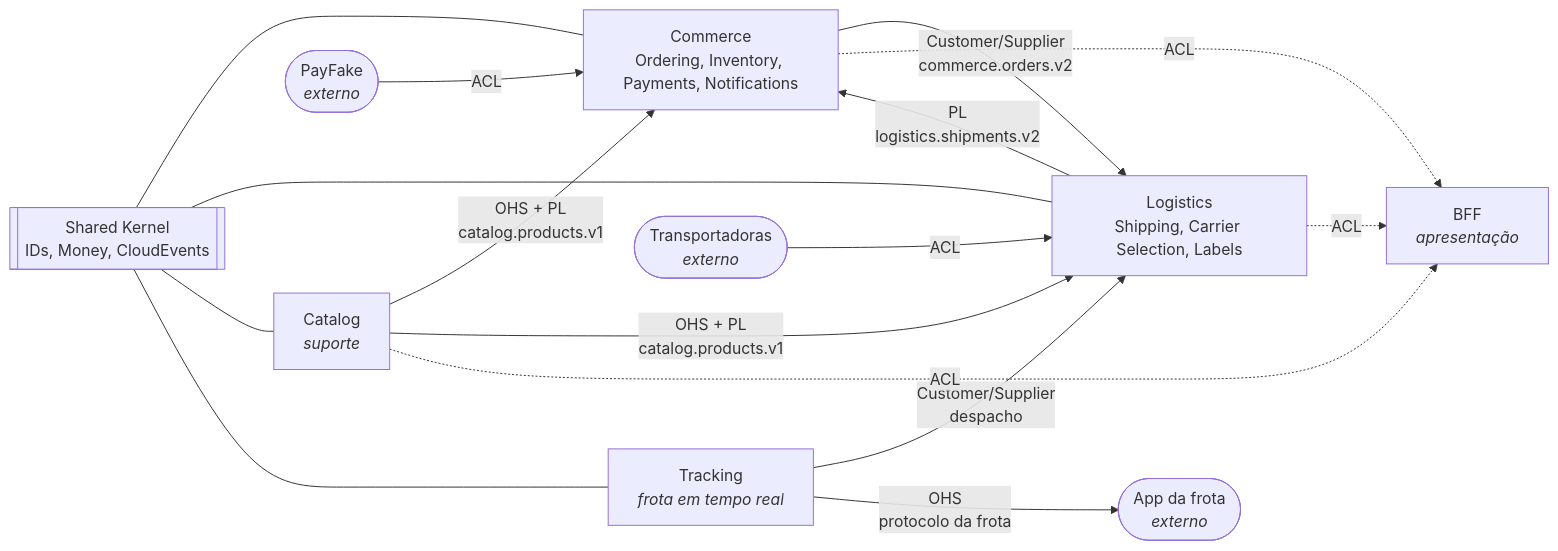
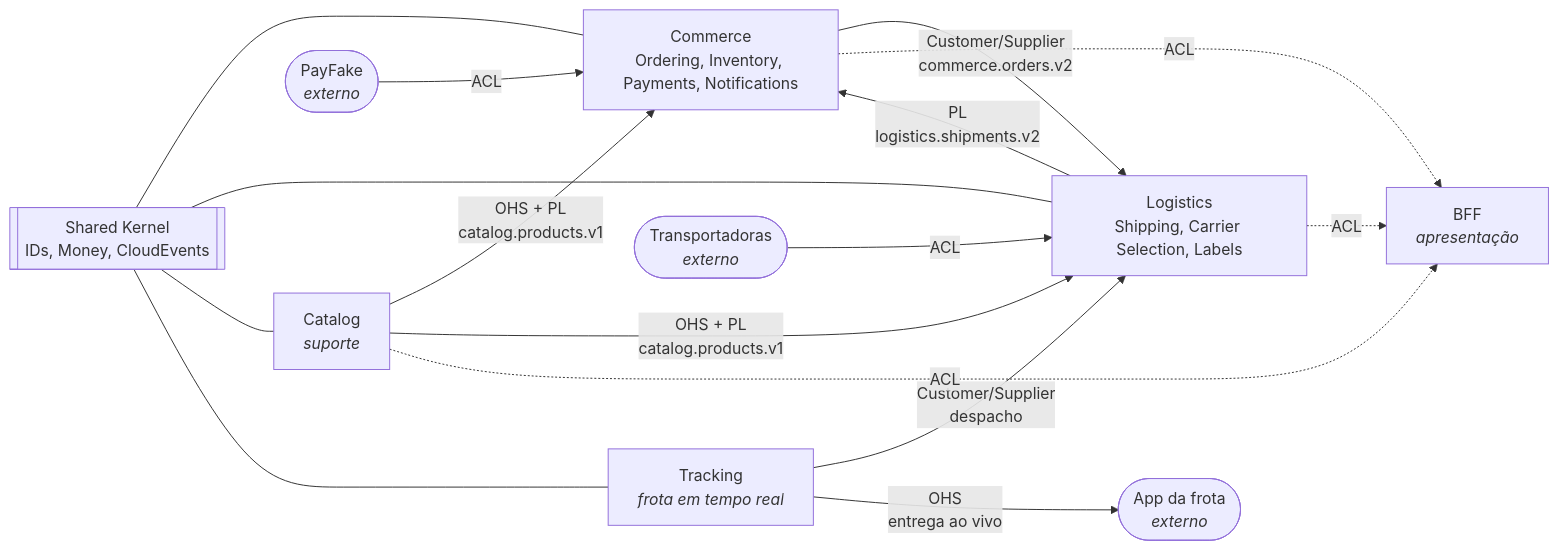
One commit to flaviotinococoutinho/Tucano_vibe_chaos changed the diagram in docs/architecture/context-map.md. Above: the diagram before and after it, drawn with Mermaid. The commit also changed 11 other files, not shown here.

First line of the commit message:
docs: tell the live delivery across the architecture and the guide

````diff
--- a/docs/architecture/context-map.md
+++ b/docs/architecture/context-map.md
@@ -5,28 +5,28 @@
 ```mermaid
 flowchart LR
   catalog["Catalog<br/><i>suporte</i>"]
   commerce["Commerce<br/>Ordering, Inventory, Payments, Notifications"]
   logistics["Logistics<br/>Shipping, Carrier Selection, Labels"]
   tracking["Tracking<br/><i>frota em tempo real</i>"]
   bff["BFF<br/><i>apresentação</i>"]
   psp(["PayFake<br/><i>externo</i>"])
   carriers(["Transportadoras<br/><i>externo</i>"])
   devices(["App da frota<br/><i>externo</i>"])
   kernel[["Shared Kernel<br/>IDs, Money, CloudEvents"]]
 
   catalog -- "OHS + PL<br/>catalog.products.v1" --> commerce
   catalog -- "OHS + PL<br/>catalog.products.v1" --> logistics
   commerce -- "Customer/Supplier<br/>commerce.orders.v2" --> logistics
   logistics -- "PL<br/>logistics.shipments.v2" --> commerce
   tracking -- "Customer/Supplier<br/>despacho" --> logistics
   psp -- "ACL" --> commerce
   carriers -- "ACL" --> logistics
-  tracking -- "OHS<br/>protocolo da frota" --> devices
+  tracking -- "OHS<br/>entrega ao vivo" --> devices
   commerce -. "ACL" .-> bff
   logistics -. "ACL" .-> bff
   catalog -. "ACL" .-> bff
   kernel --- commerce
   kernel --- logistics
   kernel --- catalog
   kernel --- tracking
 ```
````
